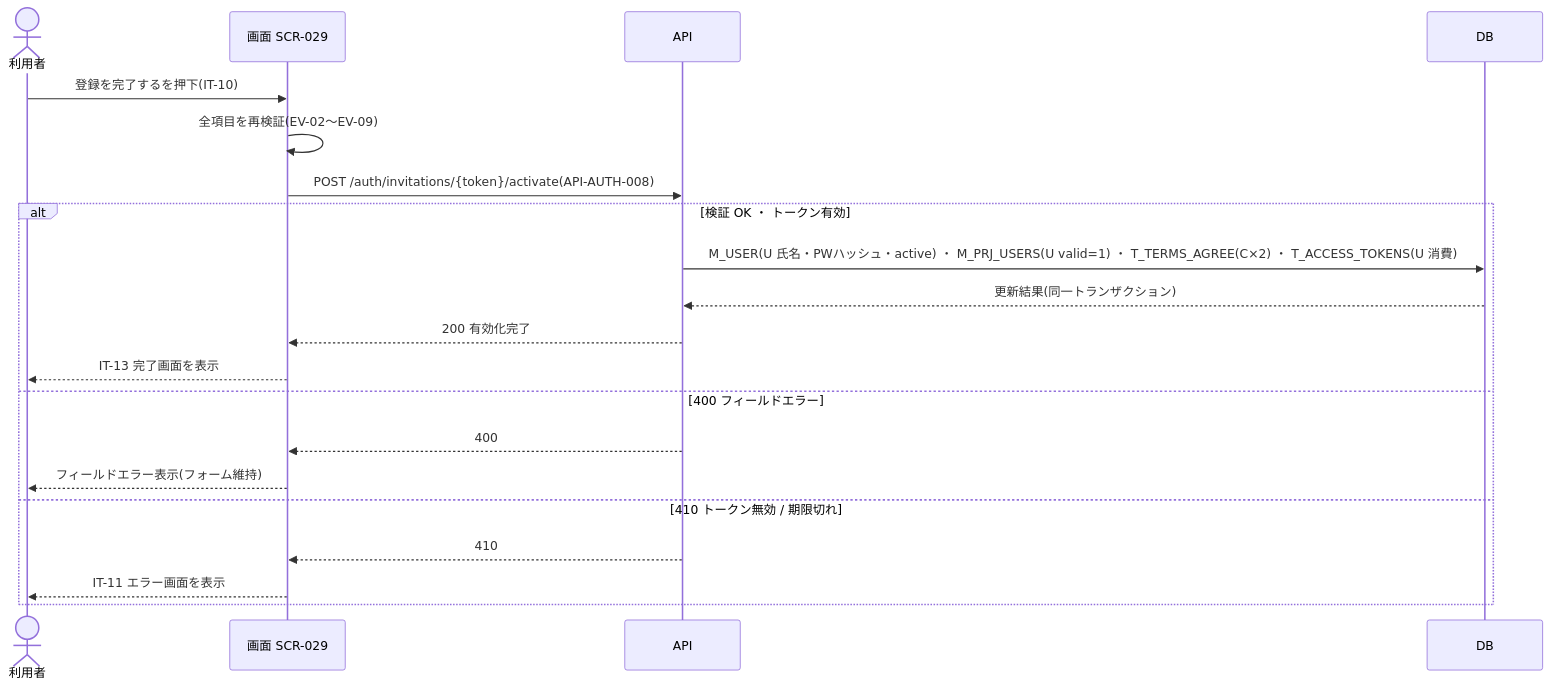
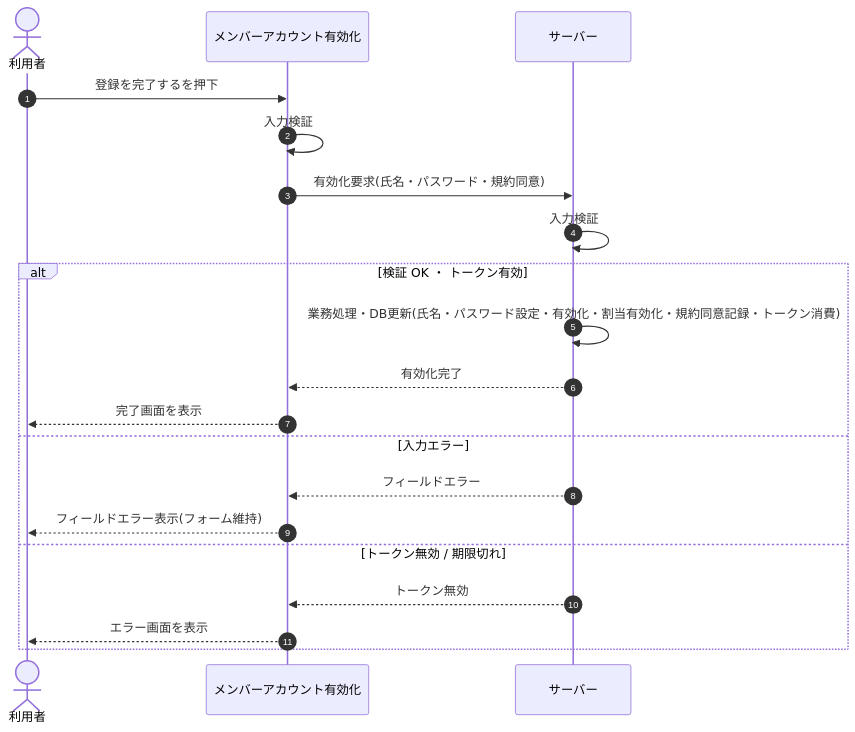
The diagram in 02_basic_design/05_sequences/SEQ-074.md (sikakou54/open-faq), drawn with Mermaid before and after one commit. The commit also changed other lines of this file and 108 other files, not shown here.

First line of the commit message:
基本設計: シーケンス図を基本設計粒度(ユーザー/画面/サーバー)へ再編成

````diff
--- a/02_basic_design/05_sequences/SEQ-074.md
+++ b/02_basic_design/05_sequences/SEQ-074.md
@@ -25,22 +32,22 @@
 ```mermaid
 sequenceDiagram
+  autonumber
   actor U as 利用者
-  participant S as 画面 SCR-029
-  participant API as API
-  participant DB as DB
-  U->>S: 登録を完了するを押下(IT-10)
-  S->>S: 全項目を再検証(EV-02〜EV-09)
-  S->>API: POST /auth/invitations/{token}/activate(API-AUTH-008)
+  participant Screen as メンバーアカウント有効化
+  participant Server as サーバー
+  U->>Screen: 登録を完了するを押下
+  Screen->>Screen: 入力検証
+  Screen->>Server: 有効化要求(氏名・パスワード・規約同意)
+  Server->>Server: 入力検証
   alt 検証 OK ・ トークン有効
-    API->>DB: M_USER(U 氏名・PWハッシュ・active) ・ M_PRJ_USERS(U valid=1) ・ T_TERMS_AGREE(C×2) ・ T_ACCESS_TOKENS(U 消費)
-    DB-->>API: 更新結果(同一トランザクション)
-    API-->>S: 200 有効化完了
-    S-->>U: IT-13 完了画面を表示
-  else 400 フィールドエラー
-    API-->>S: 400
-    S-->>U: フィールドエラー表示(フォーム維持)
-  else 410 トークン無効 / 期限切れ
-    API-->>S: 410
-    S-->>U: IT-11 エラー画面を表示
+    Server->>Server: 業務処理・DB更新(氏名・パスワード設定・有効化・割当有効化・規約同意記録・トークン消費)
+    Server-->>Screen: 有効化完了
+    Screen-->>U: 完了画面を表示
+  else 入力エラー
+    Server-->>Screen: フィールドエラー
+    Screen-->>U: フィールドエラー表示(フォーム維持)
+  else トークン無効 / 期限切れ
+    Server-->>Screen: トークン無効
+    Screen-->>U: エラー画面を表示
   end
 ```
````
